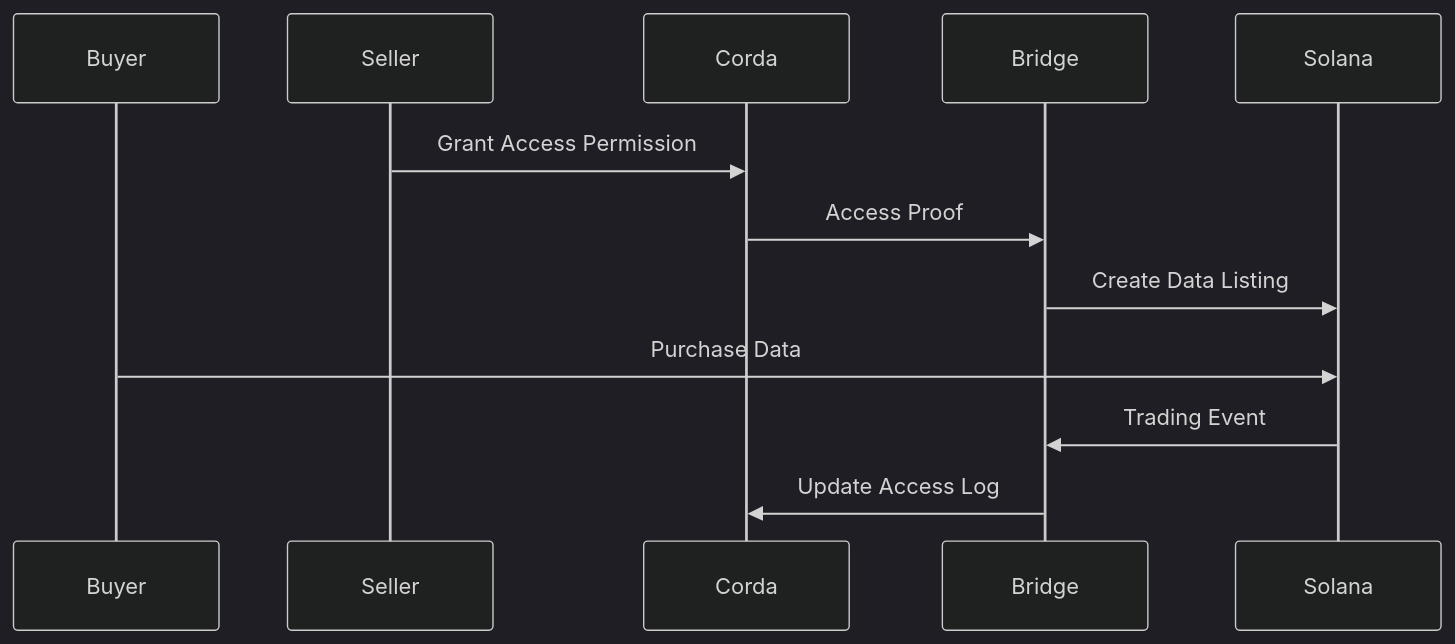
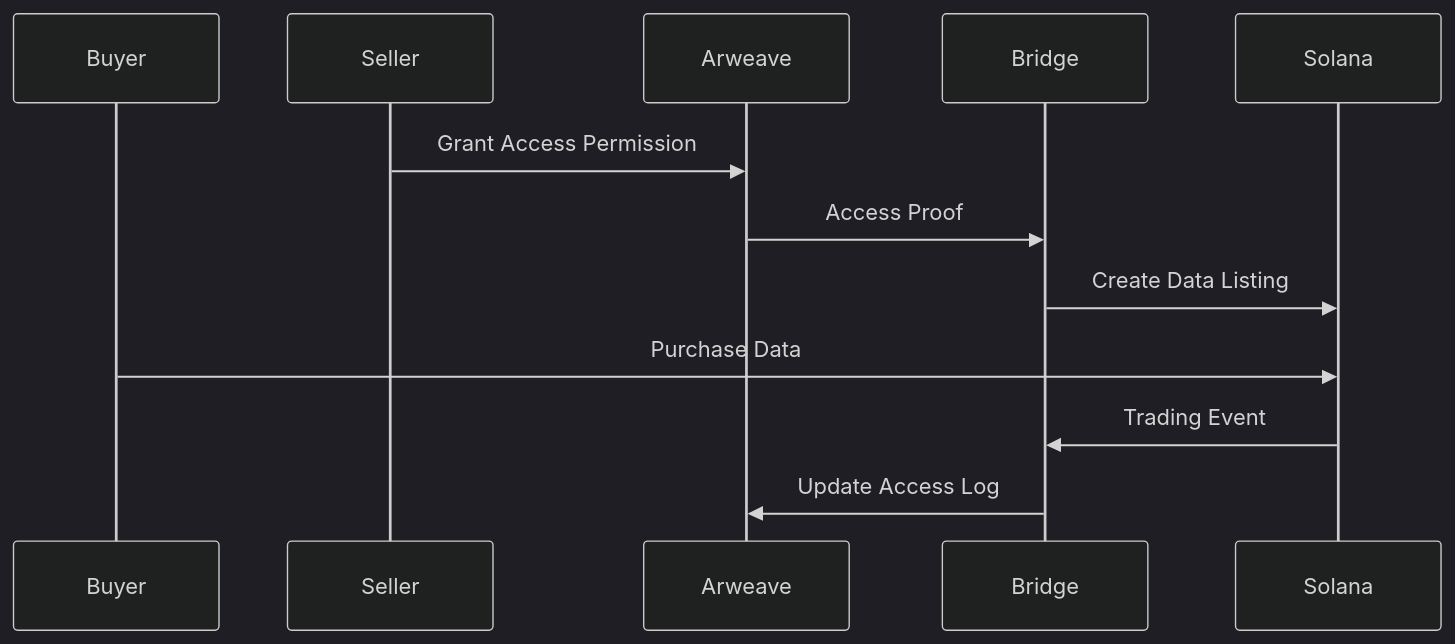
The second of 2 diagrams in integration-layer/INTEGRATION_SUMMARY.md (psyto/datasov2), drawn with Mermaid (dark theme) before and after one commit. The commit also changed other lines of this file and 3 other files, not shown here.

First line of the commit message:
Update all documentation to reflect Arweave-Solana architecture

````diff
--- a/integration-layer/INTEGRATION_SUMMARY.md
+++ b/integration-layer/INTEGRATION_SUMMARY.md
@@ -86,15 +76,15 @@
 ```mermaid
 sequenceDiagram
     participant Buyer
     participant Seller
-    participant Corda
+    participant Arweave
     participant Bridge
     participant Solana
 
-    Seller->>Corda: Grant Access Permission
-    Corda->>Bridge: Access Proof
+    Seller->>Arweave: Grant Access Permission
+    Arweave->>Bridge: Access Proof
     Bridge->>Solana: Create Data Listing
     Buyer->>Solana: Purchase Data
     Solana->>Bridge: Trading Event
-    Bridge->>Corda: Update Access Log
+    Bridge->>Arweave: Update Access Log
 ```
````
